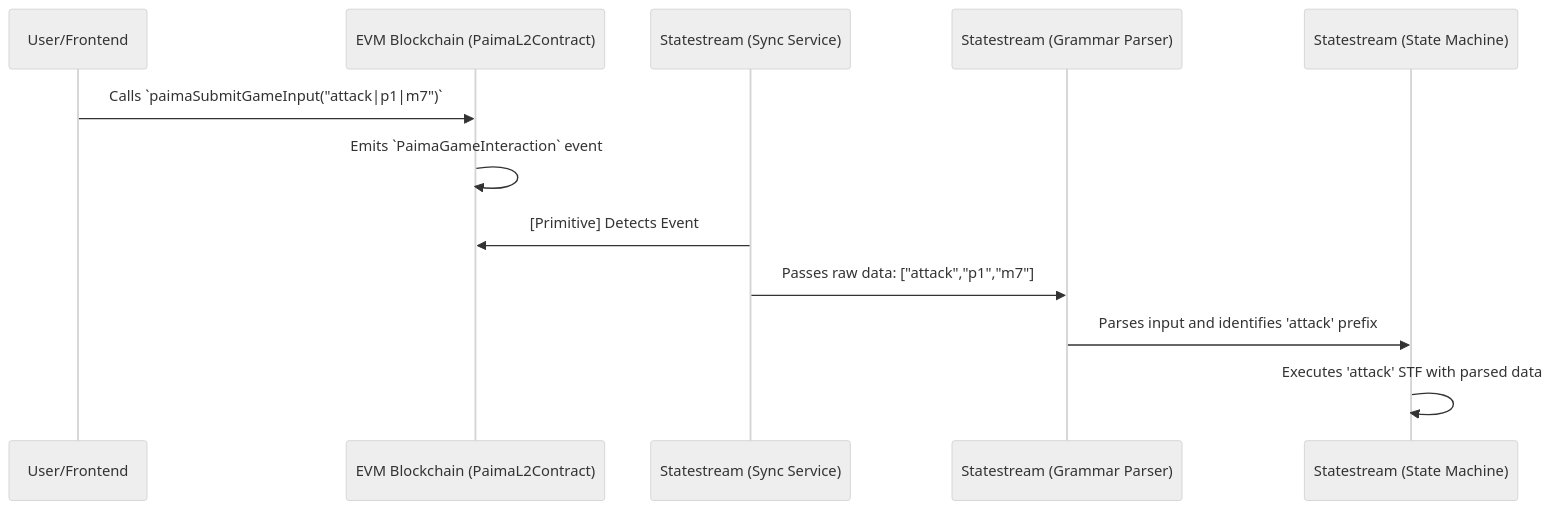
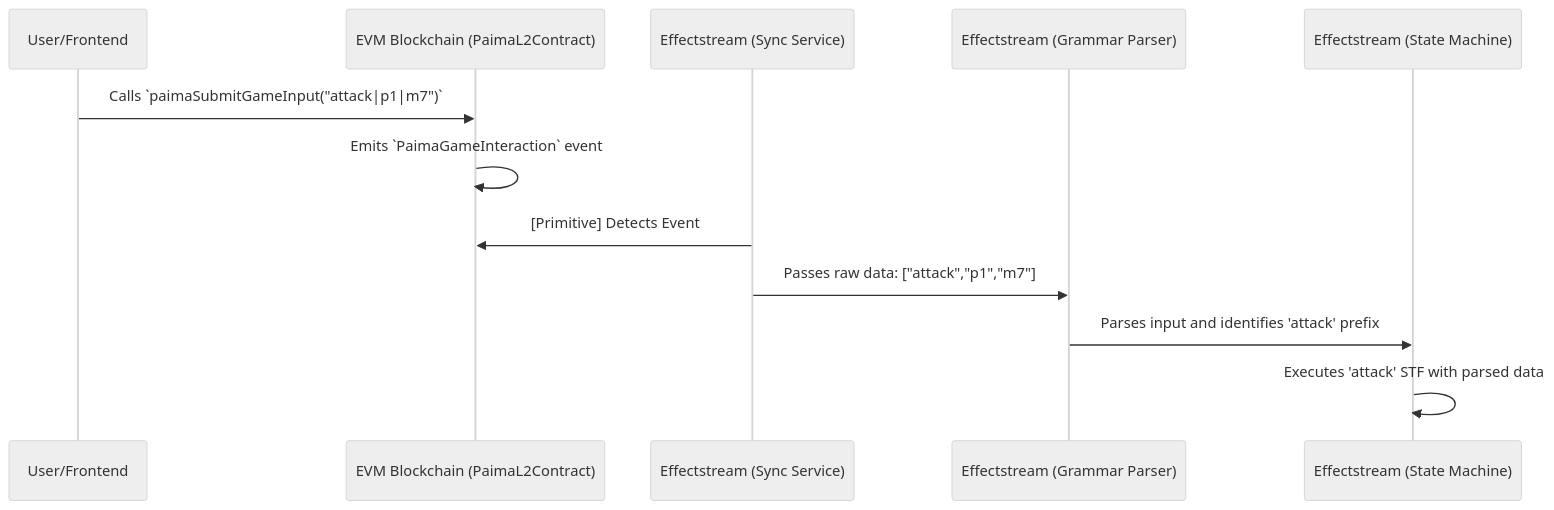
One commit to effectstream/effectstream changed the diagram in docs/site/docs/home/100-components/104-paima-l2-contract.md. Above: the diagram before and after it, drawn with Mermaid (neutral theme). The commit also changed other lines of this file and 600 other files, not shown here.

````diff
--- a/docs/site/docs/home/100-components/104-paima-l2-contract.md
+++ b/docs/site/docs/home/100-components/104-paima-l2-contract.md
@@ -51,15 +51,15 @@
 ```mermaid
 sequenceDiagram
     participant User/Frontend
     participant EVM Blockchain (PaimaL2Contract)
-    participant Statestream (Sync Service)
-    participant Statestream (Grammar Parser)
-    participant Statestream (State Machine)
+    participant Effectstream (Sync Service)
+    participant Effectstream (Grammar Parser)
+    participant Effectstream (State Machine)
 
     User/Frontend->>EVM Blockchain (PaimaL2Contract): Calls `paimaSubmitGameInput("attack|p1|m7")`
     EVM Blockchain (PaimaL2Contract)->>EVM Blockchain (PaimaL2Contract): Emits `PaimaGameInteraction` event
-    Statestream (Sync Service)->>EVM Blockchain (PaimaL2Contract): [Primitive] Detects Event
-    Statestream (Sync Service)->>Statestream (Grammar Parser): Passes raw data: ["attack","p1","m7"]
-    Statestream (Grammar Parser)->>Statestream (State Machine): Parses input and identifies 'attack' prefix
-    Statestream (State Machine)->>Statestream (State Machine): Executes 'attack' STF with parsed data
+    Effectstream (Sync Service)->>EVM Blockchain (PaimaL2Contract): [Primitive] Detects Event
+    Effectstream (Sync Service)->>Effectstream (Grammar Parser): Passes raw data: ["attack","p1","m7"]
+    Effectstream (Grammar Parser)->>Effectstream (State Machine): Parses input and identifies 'attack' prefix
+    Effectstream (State Machine)->>Effectstream (State Machine): Executes 'attack' STF with parsed data
 ```
````
